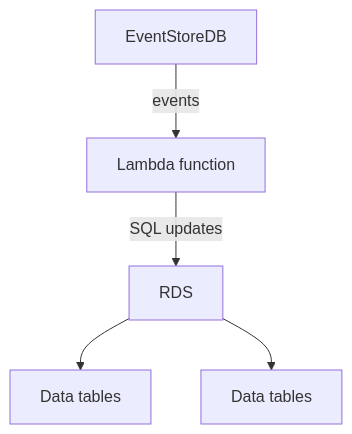
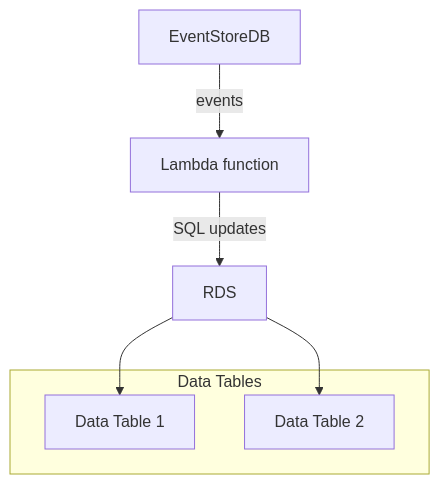
Before and after one commit to EventStore/EventStore: the third of 3 diagrams in docs/server/features/connectors/README.md, drawn with Mermaid. The commit also changed 7 other files, not shown here.

````diff
--- a/docs/server/features/connectors/README.md
+++ b/docs/server/features/connectors/README.md
@@ -77,7 +77,13 @@
 ```mermaid
 graph TD
     A[EventStoreDB] -->|events| B[Lambda function]
     B -->|SQL updates| C[RDS]
-    C --> D[Data tables]
-    C --> E[Data tables]
+    
+    subgraph Data Tables
+        D[Data Table 1]
+        E[Data Table 2]
+    end
+
+    C --> D
+    C --> E
 ```
````
